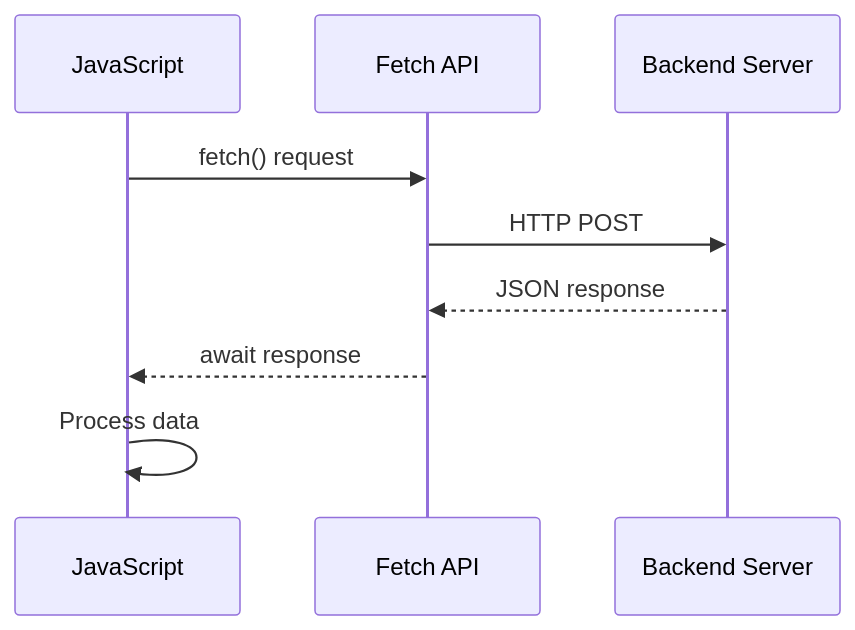
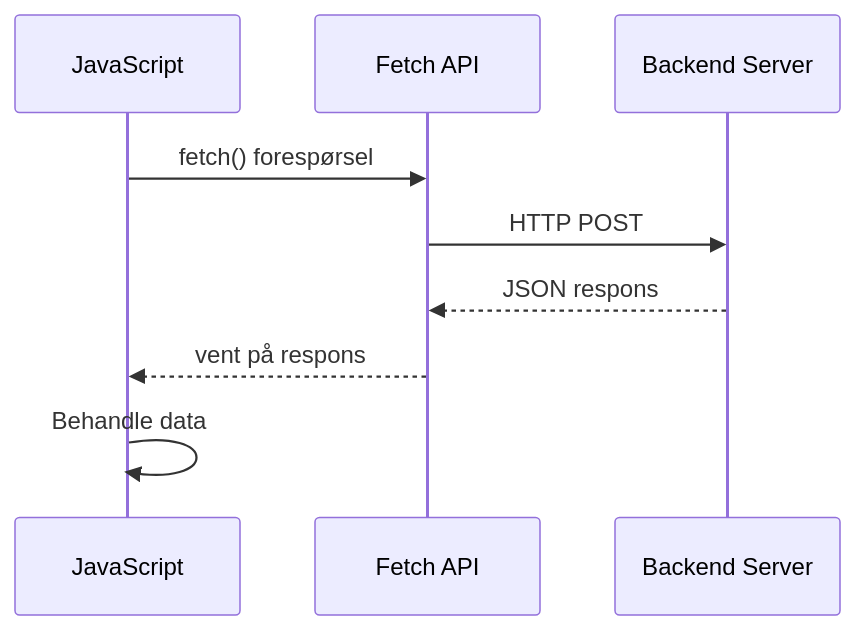
The sixth of 9 diagrams in translations/no/7-bank-project/2-forms/README.md (microsoft/Web-Dev-For-Beginners), drawn with Mermaid before and after one commit. The commit also changed other lines of this file and 99 other files, not shown here.

````diff
--- a/translations/no/7-bank-project/2-forms/README.md
+++ b/translations/no/7-bank-project/2-forms/README.md
@@ -455,12 +512,12 @@
 ```mermaid
 sequenceDiagram
     participant JS as JavaScript
     participant Fetch as Fetch API
     participant Server as Backend Server
     
-    JS->>Fetch: fetch() request
+    JS->>Fetch: fetch() forespørsel
     Fetch->>Server: HTTP POST
-    Server-->>Fetch: JSON response
-    Fetch-->>JS: await response
-    JS->>JS: Process data
+    Server-->>Fetch: JSON respons
+    Fetch-->>JS: vent på respons
+    JS->>JS: Behandle data
 ```
````
